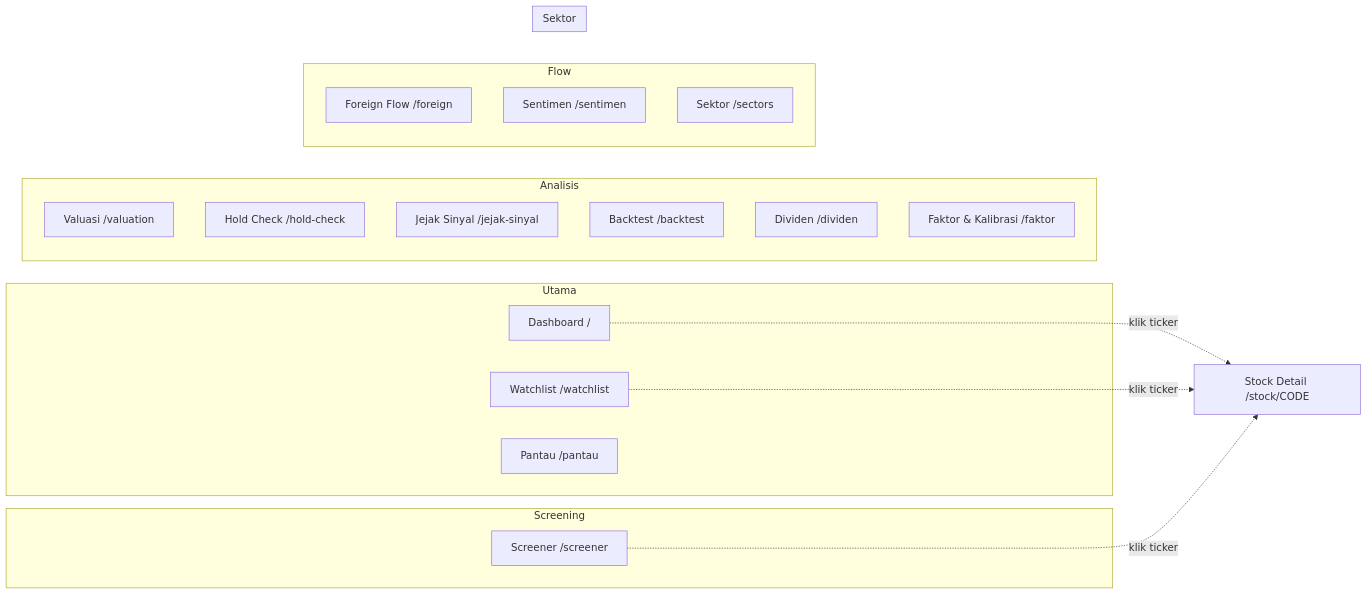
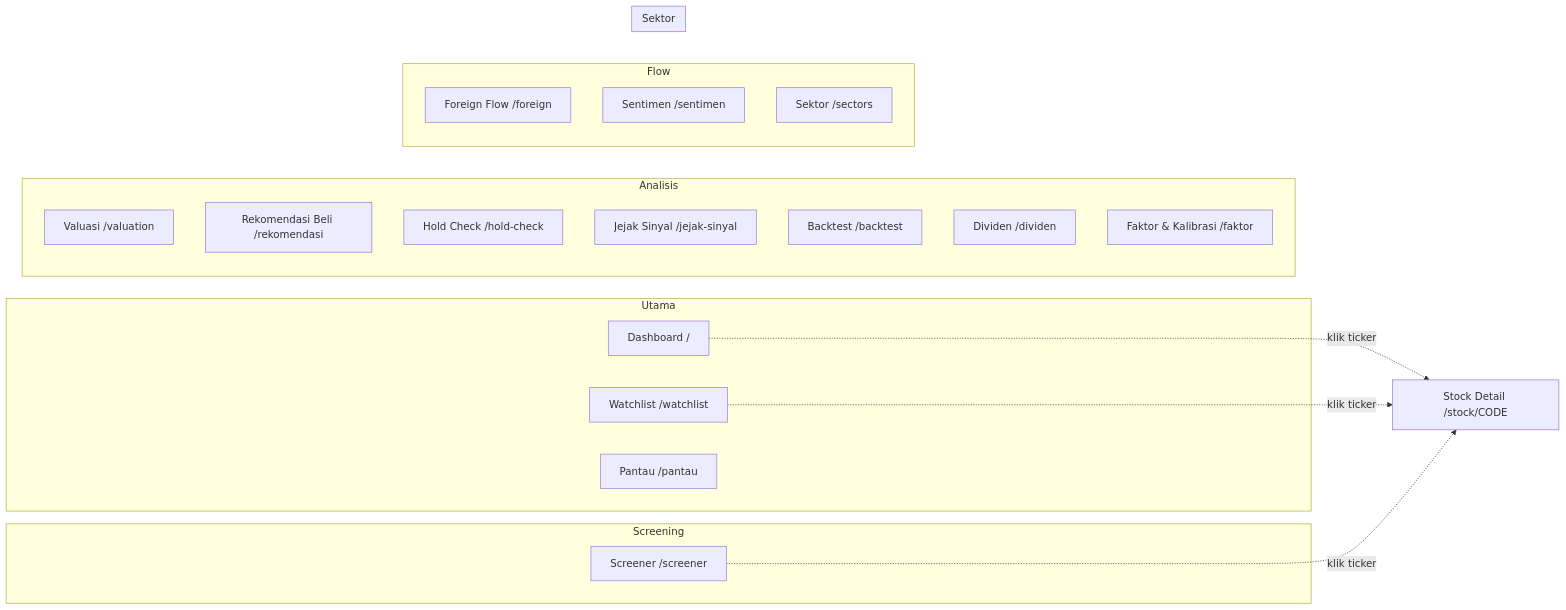
One commit to faizalajiw/idx-web changed the first of 2 diagrams in README.md. Above: the diagram before and after it, drawn with Mermaid. The commit also changed other lines of this file and 4 other files, not shown here.

First line of the commit message:
feat: halaman Rekomendasi Beli — papan kandidat + track record per grade

````diff
--- a/README.md
+++ b/README.md
@@ -114,30 +120,31 @@
 ```mermaid
 graph LR
   subgraph Utama
     A[Dashboard /]
     B[Watchlist /watchlist]
     C[Pantau /pantau]
   end
   subgraph Screening
     D[Screener /screener]
   end
   subgraph Analisis
     E[Valuasi /valuation]
+    N[Rekomendasi Beli /rekomendasi]
     F[Hold Check /hold-check]
     G[Jejak Sinyal /jejak-sinyal]
     H[Backtest /backtest]
     I[Dividen /dividen]
     J[Faktor & Kalibrasi /faktor]
   end
   subgraph Flow
     K[Foreign Flow /foreign]
     L[Sentimen /sentimen]
     M[Aktivitas Broker /broker-activity]
   end
   subgraph Sektor
     M[Sektor /sectors]
   end
   A -.klik ticker.-> P[Stock Detail /stock/CODE]
   B -.klik ticker.-> P
   D -.klik ticker.-> P
 ```
````
